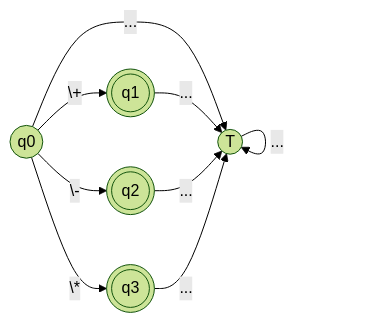
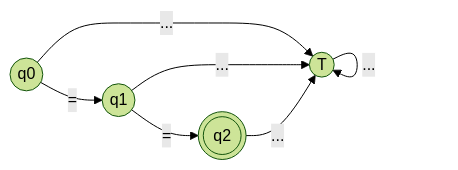
One commit to martinstanicio/tinylang changed diagram 26 of 34 in docs/regexp-afd.md. Above: the diagram before and after it, drawn with Mermaid (forest theme). The commit also changed other lines of this file and 2 other files, not shown here.

````diff
--- a/docs/regexp-afd.md
+++ b/docs/regexp-afd.md
@@ -438,13 +493,10 @@
 ```mermaid
 flowchart LR
     q0(("q0"))
-    q1((("q1")))
+    q1(("q1"))
     q2((("q2")))
-    q3((("q3")))
     T(("T"))
 
-    q0 -- "\+" --> q1
-    q0 -- "\-" --> q2
-    q0 -- "\*" --> q3
-    q0 & q1 & q2 & q3 & T -- "..." --> T
+    q0 -- "=" --> q1 -- "=" --> q2
+    q0 & q1 & q2 & T -- "..." --> T
 ```
````
